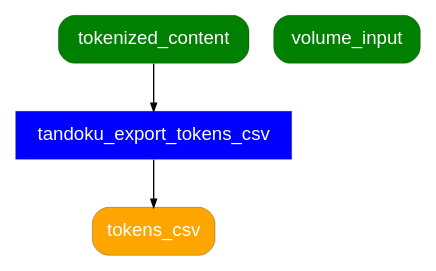
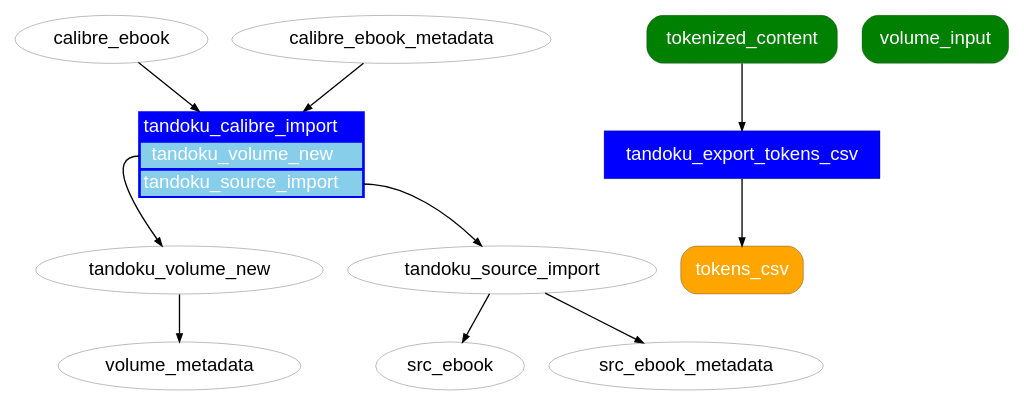
Before and after one commit to tandoku/tandoku: the diagram in docs/legacy-tandoku-workflow.dot, drawn with Graphviz. The commit also changed 6 other files, not shown here.

```diff
--- a/docs/legacy-tandoku-workflow.dot
+++ b/docs/legacy-tandoku-workflow.dot
@@ -4,6 +4,33 @@
     graph [fontname="Helvetica"];
     node [fontname="Helvetica" penwidth=0.2];
     edge [fontname="Helvetica" arrowsize="0.6"];
+
+# subprocess example
+    calibre_ebook
+    calibre_ebook_metadata
+
+    tandoku_calibre_import[shape=plain style=filled fillcolor=blue fontcolor=white label=<
+<TABLE BORDER="0">
+    <TR><TD>tandoku_calibre_import</TD></TR>
+    <TR><TD BGCOLOR="skyblue" PORT="p1">tandoku_volume_new</TD></TR>
+    <TR><TD BGCOLOR="skyblue" PORT="p2">tandoku_source_import</TD></TR>
+</TABLE>
+>]
+    tandoku_volume_new
+    tandoku_source_import
+
+    src_ebook
+    src_ebook_metadata
+
+    calibre_ebook -> tandoku_calibre_import
+    calibre_ebook_metadata -> tandoku_calibre_import
+    tandoku_source_import -> src_ebook
+    tandoku_source_import -> src_ebook_metadata
+    tandoku_volume_new -> volume_metadata
+
+    tandoku_calibre_import:p1 -> tandoku_volume_new
+    tandoku_calibre_import:p2 -> tandoku_source_import
+# end subprocess example
 
     # processes
     node [shape=rect style="filled" fillcolor=blue fontcolor=white];
```
